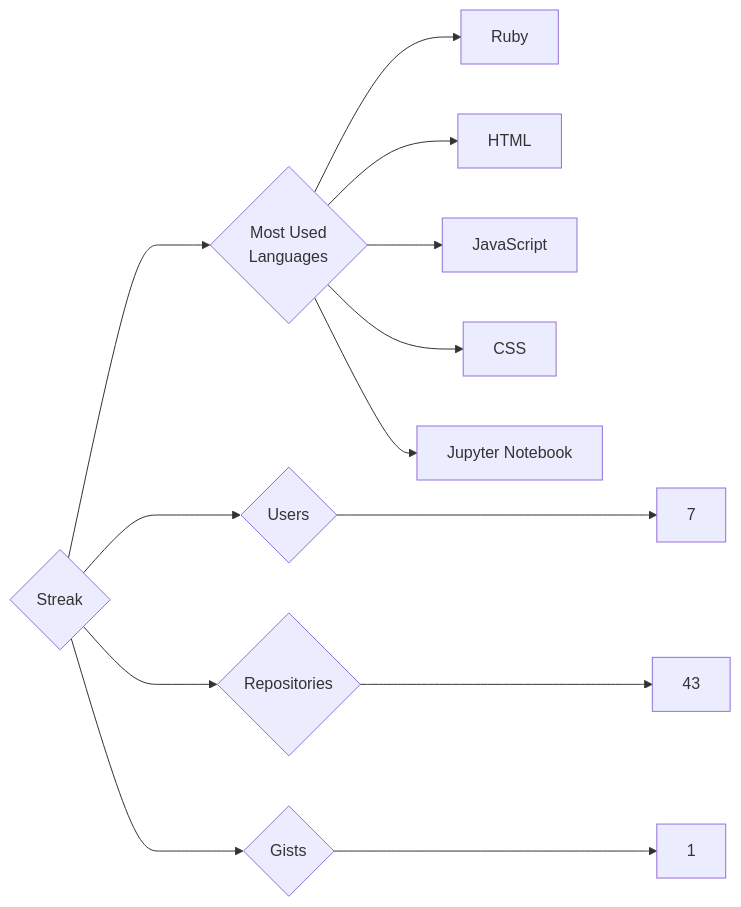
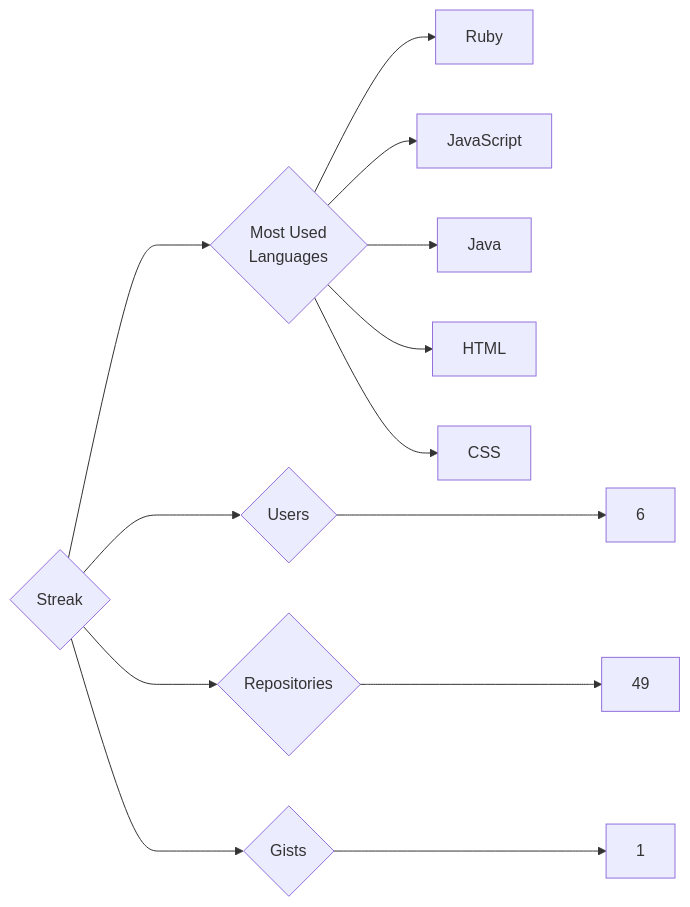
The diagram in targets/Streak/README.md (trickest/insiders), drawn with Mermaid before and after one commit. The commit also changed 898 other files, not shown here.

````diff
--- a/targets/Streak/README.md
+++ b/targets/Streak/README.md
@@ -3,13 +3,13 @@
 ```mermaid
 graph LR
 COMPANY_NAME{Streak}
-COMPANY_NAME ---> U{Users} ---> UN[7]
-COMPANY_NAME ---> R{Repositories} ---> RN[43]
+COMPANY_NAME ---> U{Users} ---> UN[6]
+COMPANY_NAME ---> R{Repositories} ---> RN[49]
 COMPANY_NAME ---> G{Gists} ---> GN[1]
 COMPANY_NAME ---> ML{Most Used<br>Languages}
 ML --> Ruby[Ruby]
+ML --> JavaScript[JavaScript]
+ML --> Java[Java]
 ML --> HTML[HTML]
-ML --> JavaScript[JavaScript]
 ML --> CSS[CSS]
-ML --> Jupyter_Notebook[Jupyter Notebook]
 ```
````
